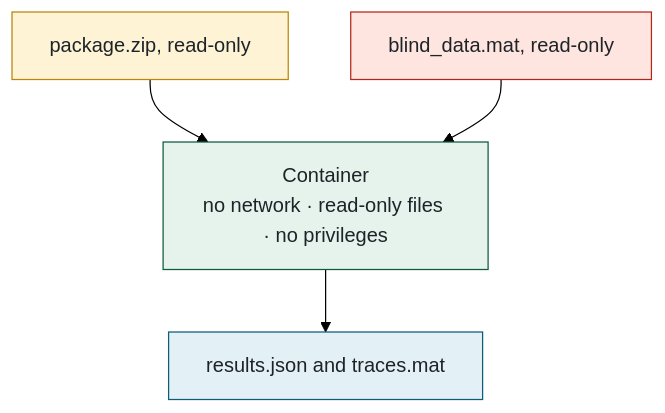
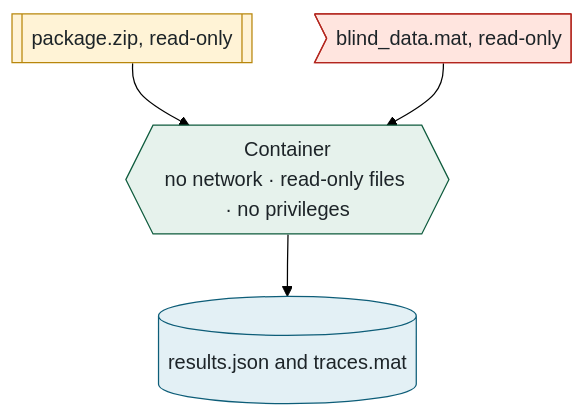
One commit to McMaster-Battery-Research-Group/battery-soc-benchmark changed the fourth of 11 diagrams in docs/walkthrough/ALL-IN-ONE.md. Above: the diagram before and after it, drawn with Mermaid (forest theme). The commit also changed other lines of this file and 46 other files, not shown here.

````diff
--- a/docs/walkthrough/ALL-IN-ONE.md
+++ b/docs/walkthrough/ALL-IN-ONE.md
@@ -183,14 +242,14 @@
 ```mermaid
 flowchart TB
-    P["package.zip, read-only"] --> C
-    H["blind_data.mat, read-only"] --> C["Container<br/>no network · read-only files · no privileges"]
-    C --> O["results.json and traces.mat"]
+    P[["package.zip, read-only"]] --> C
+    H>"blind_data.mat, read-only"] --> C{{"Container<br/>no network · read-only files · no privileges"}}
+    C --> O[("results.json and traces.mat")]
     classDef worker fill:#FFF3D6,stroke:#B8860B,color:#1d2428
     classDef danger fill:#FFE5DF,stroke:#B3261E,color:#1d2428
     classDef sandbox fill:#E6F2EC,stroke:#0E5B3D,color:#1d2428
     classDef data fill:#E3F0F5,stroke:#0D5D78,color:#1d2428
     class P worker
     class H danger
     class C sandbox
     class O data
 ```
````
